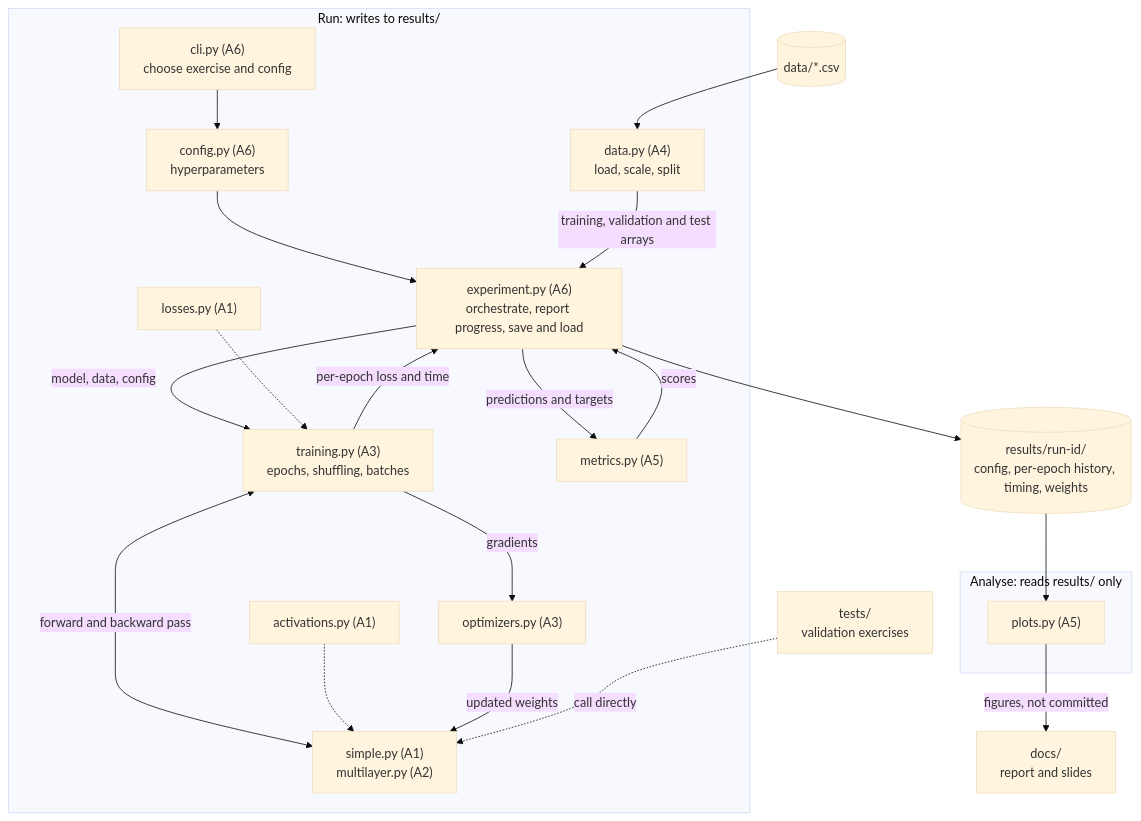
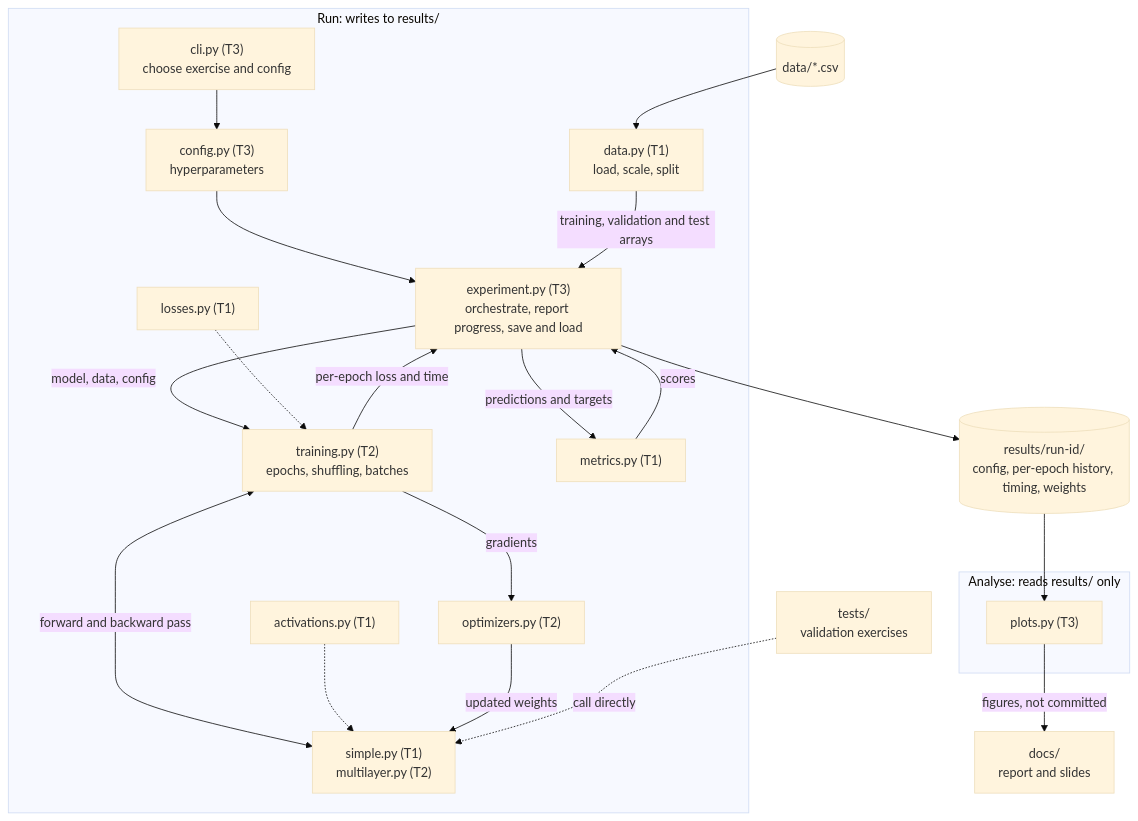
The diagram in README.md (MarekMatrix/72.27-Delivery-3), drawn with Mermaid (base theme) before and after one commit. The commit also changed other lines of this file, not shown here.

````diff
--- a/README.md
+++ b/README.md
@@ -110,44 +116,44 @@
 ```mermaid
 flowchart TD
     CSV[("data/*.csv")]
     TESTS["tests/<br/>validation exercises"]
 
     subgraph RUN["Run: writes to results/"]
-        CLI["cli.py (A6)<br/>choose exercise and config"]
-        CFG["config.py (A6)<br/>hyperparameters"]
-        DATA["data.py (A4)<br/>load, scale, split"]
-        EXP["experiment.py (A6)<br/>orchestrate, report progress, save and load"]
-        TRAIN["training.py (A3)<br/>epochs, shuffling, batches"]
-        MODEL["simple.py (A1)<br/>multilayer.py (A2)"]
-        ACT["activations.py (A1)"]
-        LOSS["losses.py (A1)"]
-        OPT["optimizers.py (A3)"]
-        MET["metrics.py (A5)"]
+        CLI["cli.py (T3)<br/>choose exercise and config"]
+        CFG["config.py (T3)<br/>hyperparameters"]
+        DATA["data.py (T1)<br/>load, scale, split"]
+        EXP["experiment.py (T3)<br/>orchestrate, report progress, save and load"]
+        TRAIN["training.py (T2)<br/>epochs, shuffling, batches"]
+        MODEL["simple.py (T1)<br/>multilayer.py (T2)"]
+        ACT["activations.py (T1)"]
+        LOSS["losses.py (T1)"]
+        OPT["optimizers.py (T2)"]
+        MET["metrics.py (T1)"]
     end
 
     RES[("results/run-id/<br/>config, per-epoch history, timing, weights")]
 
     subgraph ANALYSE["Analyse: reads results/ only"]
-        PLOT["plots.py (A5)"]
+        PLOT["plots.py (T3)"]
     end
 
     DOCS["docs/<br/>report and slides"]
 
     CLI --> CFG
     CFG --> EXP
     CSV --> DATA
     DATA -->|"training, validation and test arrays"| EXP
     EXP -->|"model, data, config"| TRAIN
     TRAIN <-->|"forward and backward pass"| MODEL
     ACT -.-> MODEL
     LOSS -.-> TRAIN
     TRAIN -->|"gradients"| OPT
     OPT -->|"updated weights"| MODEL
     TRAIN -->|"per-epoch loss and time"| EXP
     EXP -->|"predictions and targets"| MET
     MET -->|"scores"| EXP
     EXP --> RES
     RES --> PLOT
     PLOT -->|"figures, not committed"| DOCS
     TESTS -.->|"call directly"| MODEL
 ```
````
